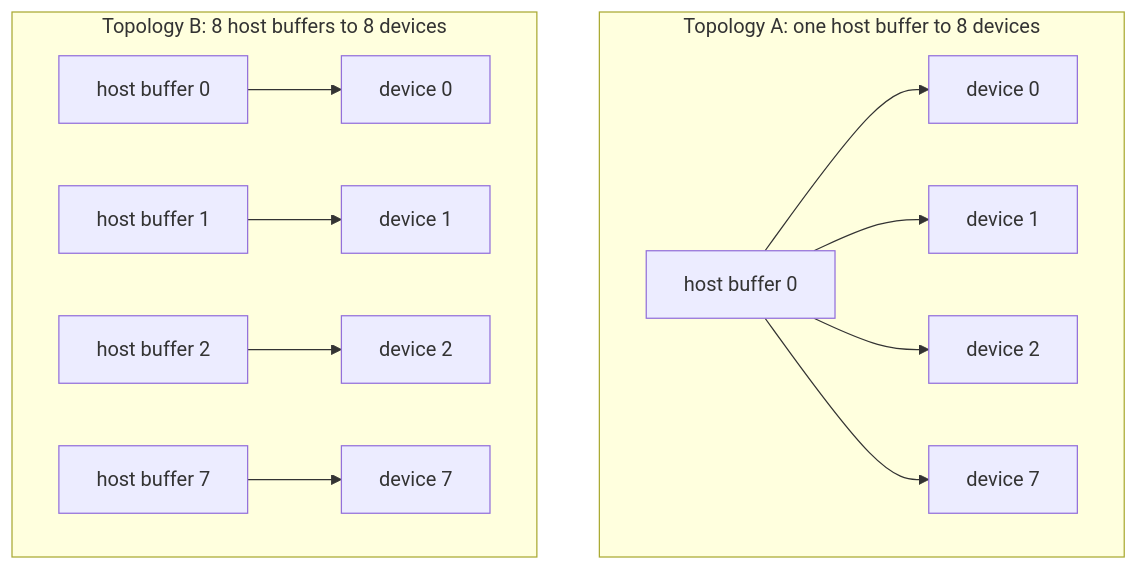
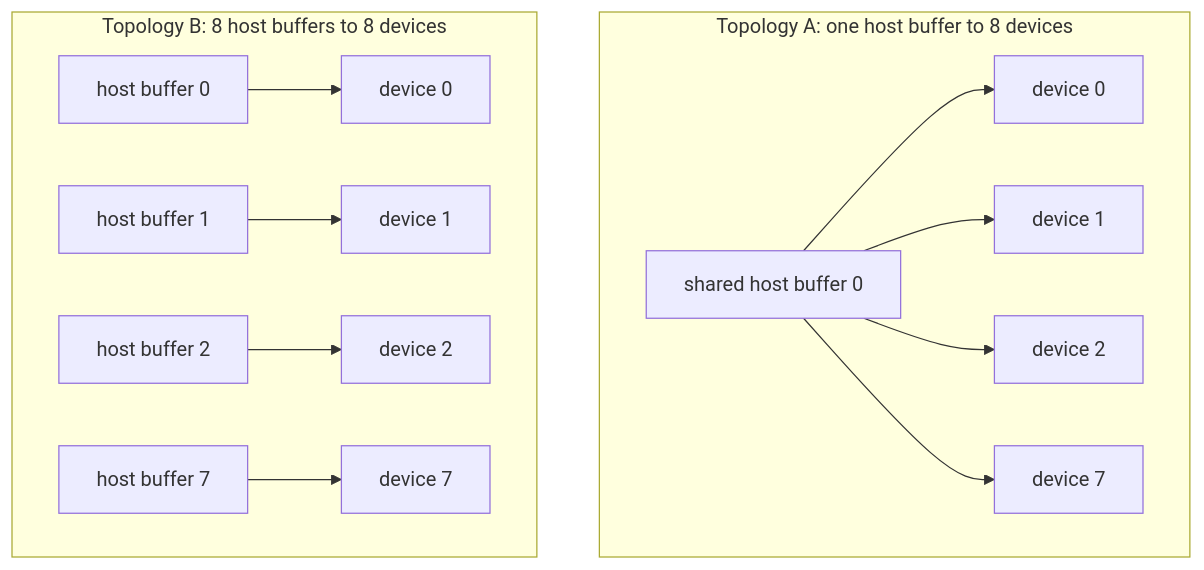
One commit to NaganooMei/dev-sandbox changed the third of 3 diagrams in docs/h2d_ffts_pipeline_share_plan.md. Above: the diagram before and after it, drawn with Mermaid. The commit also changed other lines of this file and 1 other file, not shown here.

Commit message:
Fix shared-host performance script defaults

````diff
--- a/docs/h2d_ffts_pipeline_share_plan.md
+++ b/docs/h2d_ffts_pipeline_share_plan.md
@@ -137,16 +138,16 @@
 ```mermaid
 flowchart TB
     subgraph T1["Topology A: one host buffer to 8 devices"]
-        H0["host buffer 0"] --> D0["device 0"]
+        H0["shared host buffer 0"] --> D0["device 0"]
         H0 --> D1["device 1"]
         H0 --> D2["device 2"]
         H0 --> D7["device 7"]
     end
 
     subgraph T2["Topology B: 8 host buffers to 8 devices"]
         H10["host buffer 0"] --> D10["device 0"]
         H11["host buffer 1"] --> D11["device 1"]
         H12["host buffer 2"] --> D12["device 2"]
         H17["host buffer 7"] --> D17["device 7"]
     end
 ```
````
